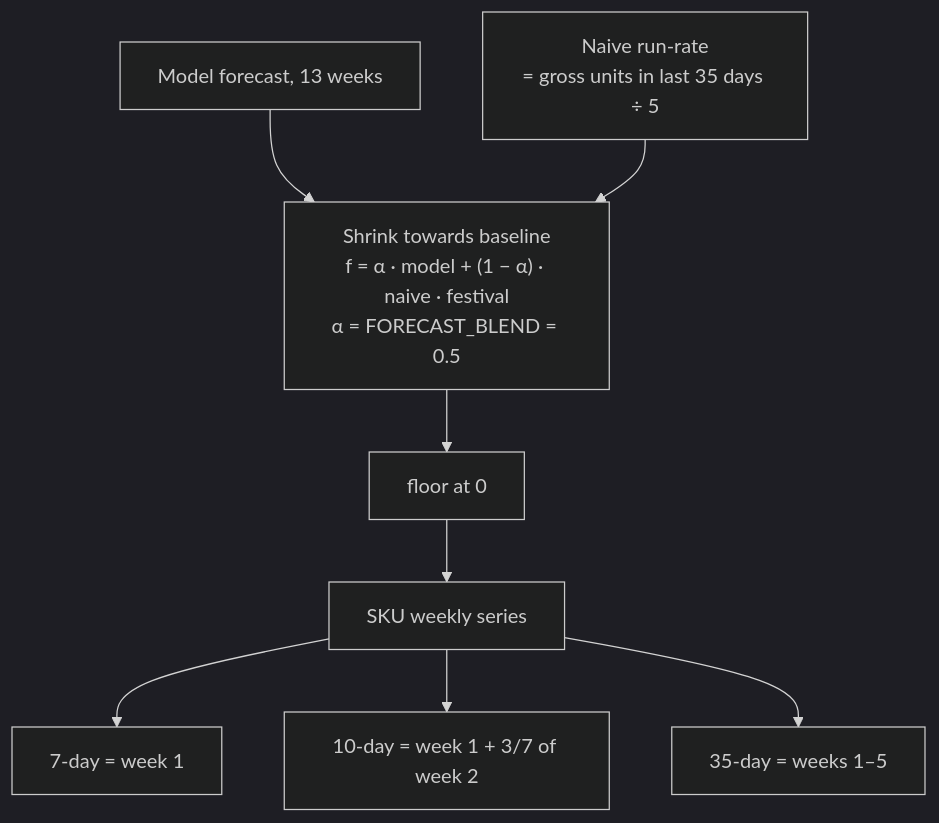
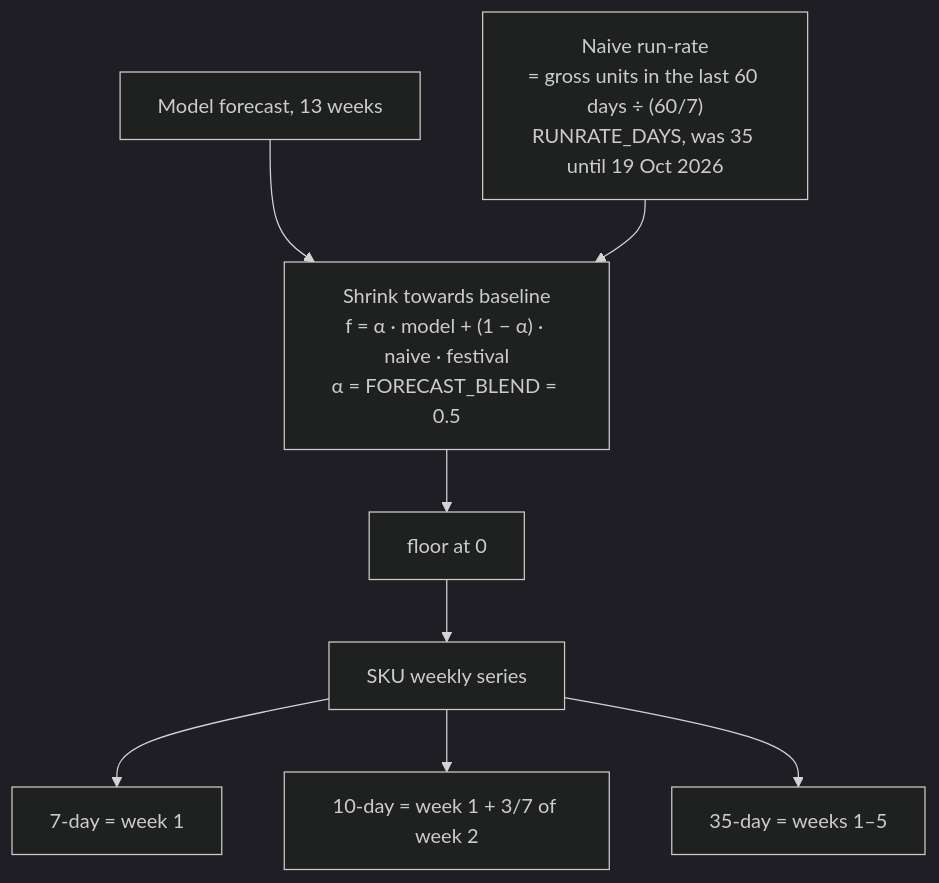
Before and after one commit to orlindatabase-lang/Demand-Forecasting: diagram 16 of 30 in README.md, drawn with Mermaid (dark theme). The commit also changed other lines of this file and 11 other files, not shown here.

````diff
--- a/README.md
+++ b/README.md
@@ -731,10 +731,10 @@
 ```mermaid
 flowchart TD
     MO["Model forecast, 13 weeks"] --> BL["Shrink towards baseline<br/>f = α · model + (1 − α) · naive · festival<br/>α = FORECAST_BLEND = 0.5"]
-    NV["Naive run-rate<br/>= gross units in last 35 days ÷ 5"] --> BL
+    NV["Naive run-rate<br/>= gross units in the last 60 days ÷ (60/7)<br/>RUNRATE_DAYS, was 35 until 19 Oct 2026"] --> BL
     BL --> FL["floor at 0"]
     FL --> SKU["SKU weekly series"]
     SKU --> H7["7-day = week 1"]
     SKU --> H10["10-day = week 1 + 3/7 of week 2"]
     SKU --> H35["35-day = weeks 1–5"]
 ```
````
